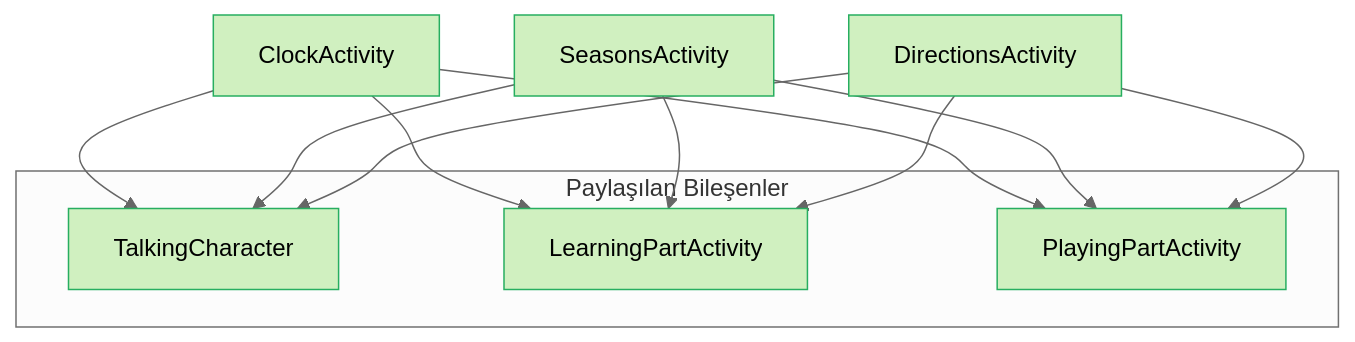
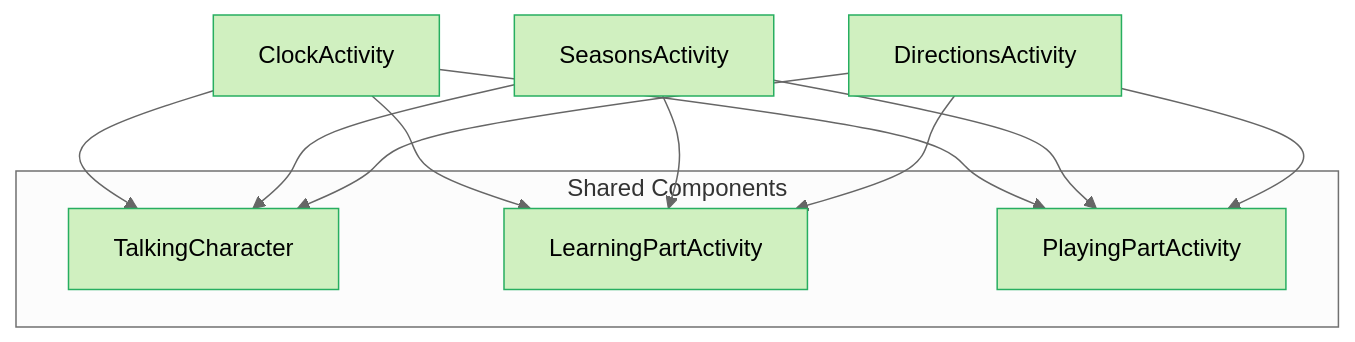
Before and after one commit to ersel271/cmp2004-doc: the fifth of 5 diagrams in README.md, drawn with Mermaid (neutral theme). The commit also changed other lines of this file, not shown here.

````diff
--- a/README.md
+++ b/README.md
@@ -787,22 +700,22 @@
 ```mermaid
 flowchart TD
     classDef android fill:#d0f0c0,stroke:#27ae60,color:#000;
 
-    subgraph Paylaşılan Bileşenler
+    subgraph Shared Components
         Character[TalkingCharacter]:::android
         LearnBase[LearningPartActivity]:::android
         PlayBase[PlayingPartActivity]:::android
     end
 
     Clock[ClockActivity]:::android --> Character
     Clock --> LearnBase
     Clock --> PlayBase
 
     Seasons[SeasonsActivity]:::android --> Character
     Seasons --> LearnBase
     Seasons --> PlayBase
 
     Directions[DirectionsActivity]:::android --> Character
     Directions --> LearnBase
     Directions --> PlayBase
 ```
````
